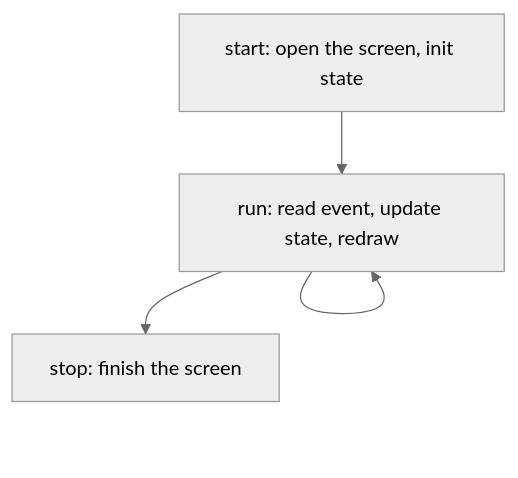
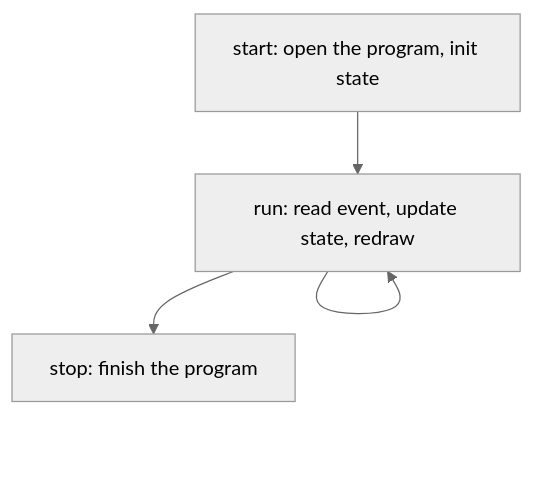
The diagram in website/content/docs/getting-started/first-app.md (aymanbagabas/uncurses), drawn with Mermaid (neutral theme) before and after one commit. The commit also changed other lines of this file and 28 other files, not shown here.

First line of the commit message:
docs: document the Screen/Program split

````diff
--- a/website/content/docs/getting-started/first-app.md
+++ b/website/content/docs/getting-started/first-app.md
@@ -16,7 +16,7 @@
 ```mermaid
 flowchart TB
-  begin["start: open the screen, init state"]
+  begin["start: open the program, init state"]
   begin --> eventloop["run: read event, update state, redraw"]
   eventloop --> eventloop
-  eventloop --> teardown["stop: finish the screen"]
+  eventloop --> teardown["stop: finish the program"]
 ```
````
